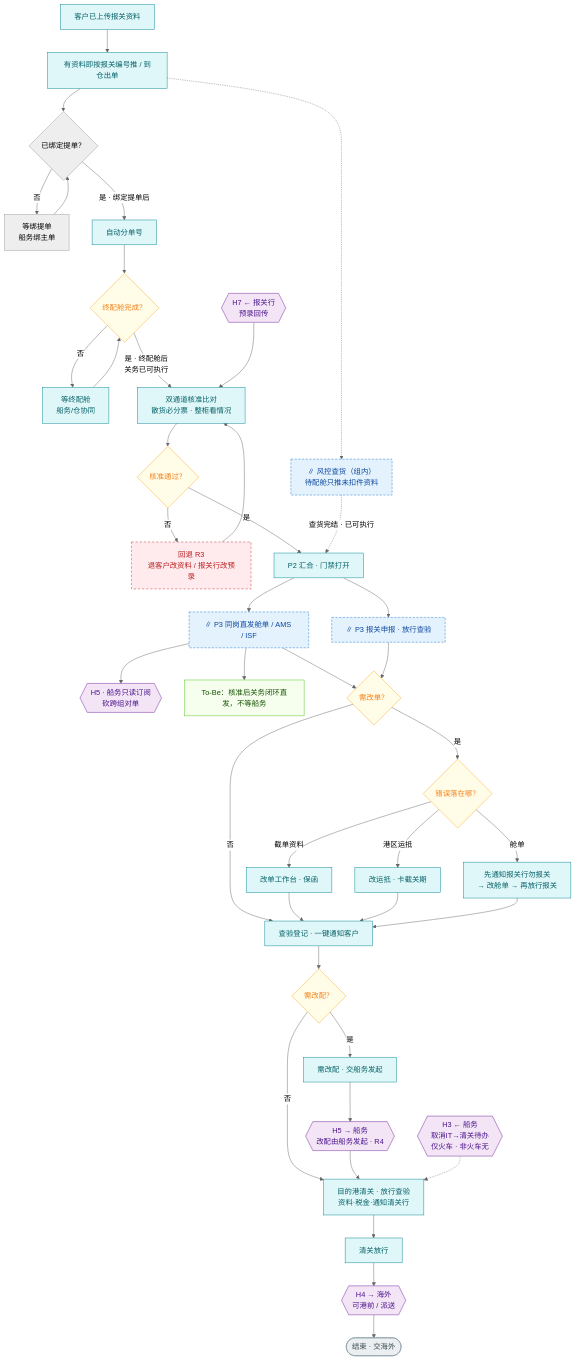
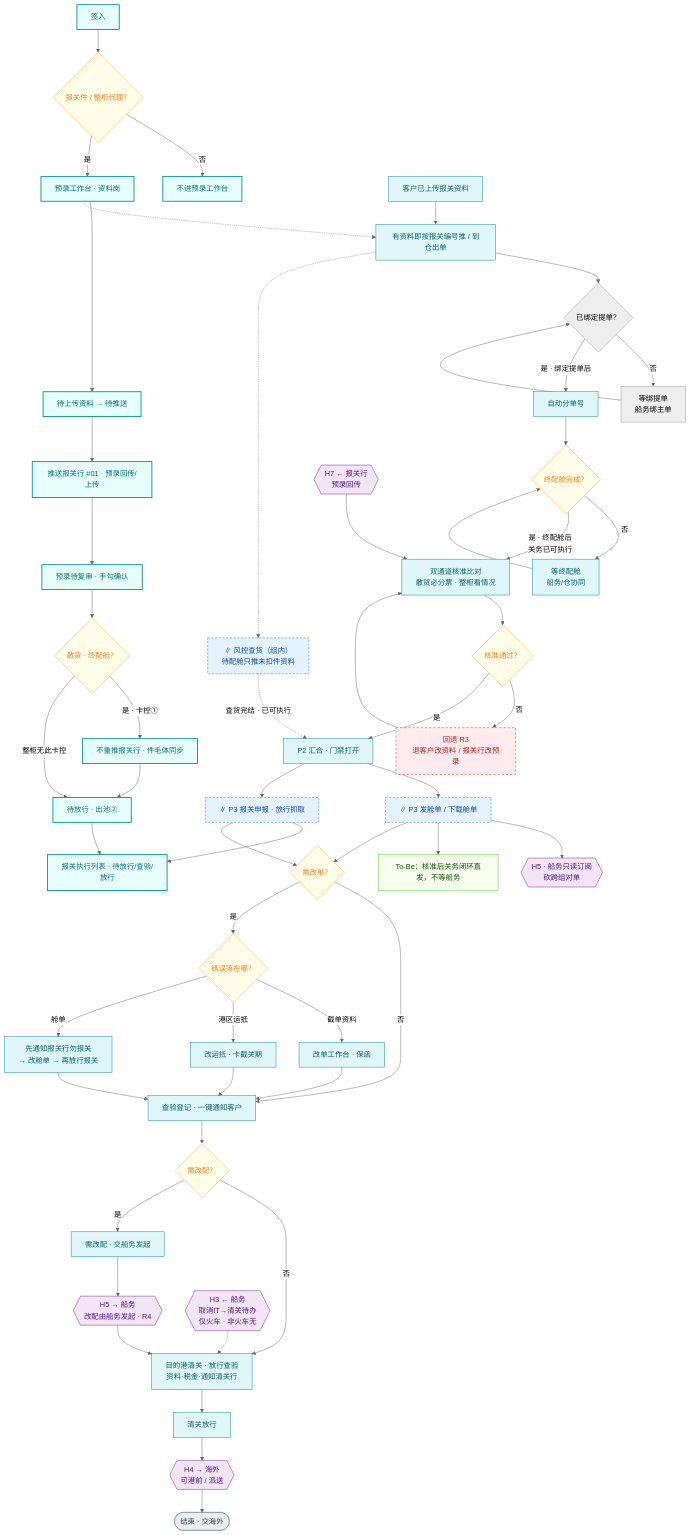
Before and after one commit to 271935452-lab/-: the diagram in 产品部门/关务组/G4-关务-组流程.mmd, drawn with Mermaid (neutral theme). The commit also changed 35 other files, not shown here.

```diff
--- a/产品部门/关务组/G4-关务-组流程.mmd
+++ b/产品部门/关务组/G4-关务-组流程.mmd
@@ -1,63 +1,80 @@
-%% 关务组 · 组流程图 · 全流程按组拆分
-%% 覆盖：S4 报关四切片 · S5 查验 · 目的港清关（关务分支）
-%% 交接：起点：客户已上传报关资料 · H7←报关行预录（核准时）· H5↔船务 · H3←船务 · H4→海外
+%% 关务组 · 组流程图 · 2026-08-27 更新
+%% 覆盖：资料岗预录工作台 · S4 报关四切片 · S5 查验 · 目的港清关
+%% 交接：H7←报关行预录 · H5↔船务 · H3←船务 · H4→海外
 %% draw.io：排列 → 插入 → 高级 → Mermaid…
 
 flowchart TB
+  SIGN["签入"] --> POOL{"报关件 / 整柜代理？"}
+  POOL -->|否| SKIP["不进预录工作台"]
+  POOL -->|是| PRE0["预录工作台 · 资料岗"]
+
+  PRE0 --> PRE1["待上传资料 → 待推送"]
+  PRE1 --> PRE2["推送报关行 #01 · 预录回传/上传"]
+  PRE2 --> PRE3["预录待复审 · 手勾确认"]
+  PRE3 --> GATE_LCL{"散货 · 终配舱？"}
+  GATE_LCL -->|是 · 卡控①| LCL_HOLD["不重推报关行 · 件毛体同步"]
+  GATE_LCL -->|整柜无此卡控| PRE4
+  LCL_HOLD --> PRE4["待放行 · 出池②"]
+  PRE4 --> EXEC["报关执行列表 · 待放行/查验/放行"]
+
   UP["客户已上传报关资料"] --> A["有资料即按报关编号推 / 到仓出单"]
+  PRE0 -.-> A
   A --> BIND{"已绑定提单？"}
   BIND -->|否| WAITB["等绑提单<br/>船务绑主单"]
   WAITB --> BIND
   BIND -->|是 · 绑定提单后| B["自动分单号"]
   B --> GATE{"终配舱完成？"}
   GATE -->|否| WAIT["等终配舱<br/>船务/仓协同"]
   WAIT --> GATE
   RISK["∥ 风控查货（组内）<br/>待配舱只推未扣件资料"]
   A -.-> RISK
   GATE -->|是 · 终配舱后<br/>关务已可执行| C["双通道核准比对<br/>散货必分票 · 整柜看情况"]
   H7{{"H7 ← 报关行<br/>预录回传"}} --> C
   C --> D{"核准通过？"}
   D -->|否| R3["回退 R3<br/>退客户改资料 / 报关行改预录"]
   R3 --> C
   D -->|是| JOIN["P2 汇合 · 门禁打开"]
   RISK -.->|查货完结 · 已可执行| JOIN
-  JOIN --> P3A["∥ P3 同岗直发舱单 / AMS / ISF"]
-  JOIN --> P3B["∥ P3 报关申报 · 放行查验"]
+  JOIN --> P3A["∥ P3 发舱单 / 下载舱单"]
+  JOIN --> P3B["∥ P3 报关申报 · 放行抓取"]
+  P3B --> EXEC
   H5{{"H5 · 船务只读订阅<br/>砍跨组对单"}}
   P3A --> H5
   FIX["To-Be：核准后关务闭环直发，不等船务"]
   P3A --> FIX
   P3A --> AMD{"需改单？"}
   P3B --> AMD
   AMD -->|否| INSP
   AMD -->|是| WHERE{"错误落在哪？"}
   WHERE -->|截单资料| AMD1["改单工作台 · 保函"]
   WHERE -->|港区运抵| AMD2["改运抵 · 卡截关期"]
   WHERE -->|舱单| AMD3["先通知报关行勿报关<br/>→ 改舱单 → 再放行报关"]
   AMD1 --> INSP
   AMD2 --> INSP
   AMD3 --> INSP
   INSP["查验登记 · 一键通知客户"] --> GAI{"需改配？"}
   GAI -->|否| CLR
   GAI -->|是| SC["需改配 · 交船务发起"]
   SC --> H5B{{"H5 → 船务<br/>改配由船务发起 · R4"}}
   H5B --> CLR
   H3{{"H3 ← 船务<br/>取消IT→清关待办<br/>仅火车 · 非火车无"}} -.-> CLR
   CLR["目的港清关 · 放行查验<br/>资料·税金·通知清关行"] --> OK["清关放行"]
   OK --> H4{{"H4 → 海外<br/>可港前 / 派送"}}
   H4 --> END(["结束 · 交海外"])
 
   classDef step fill:#E0F7FA,stroke:#00838F,color:#006064
   classDef dec fill:#FFFDE7,stroke:#F9A825,color:#F57F17
   classDef cross fill:#F3E5F5,stroke:#6A1B9A,color:#4A148C
   classDef back fill:#FFEBEE,stroke:#C62828,color:#B71C1C,stroke-dasharray: 5 4
   classDef para fill:#E3F2FD,stroke:#1976D2,color:#0D47A1,stroke-dasharray: 5 3
   classDef fix fill:#F6FFED,stroke:#52C41A,color:#135200
   classDef endn fill:#ECEFF1,stroke:#78909C,color:#37474F
+  classDef pre fill:#E6FFFB,stroke:#08979C,color:#006D75,stroke-width:2px
+  class SIGN,SKIP,PRE0,PRE1,PRE2,PRE3,LCL_HOLD,PRE4,EXEC pre
   class UP,A,B,C,JOIN,INSP,SC,CLR,OK,AMD1,AMD2,AMD3,WAIT step
-  class GATE,D,AMD,WHERE,GAI dec
+  class POOL,GATE_LCL,GATE,D,AMD,WHERE,GAI dec
   class H7,H5,H5B,H3,H4 cross
   class RISK,P3A,P3B para
   class R3 back
   class FIX fix
   class END endn
```
